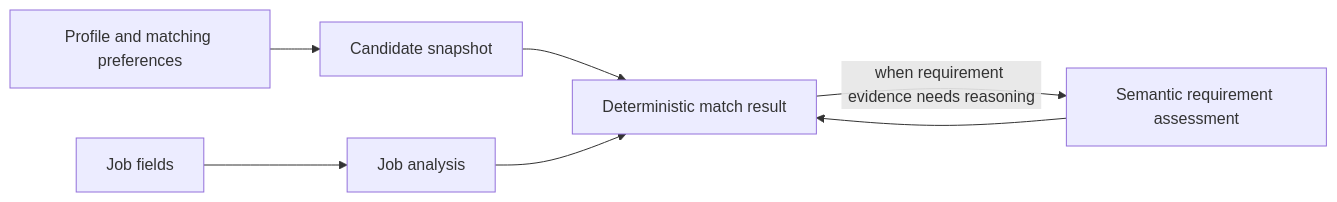
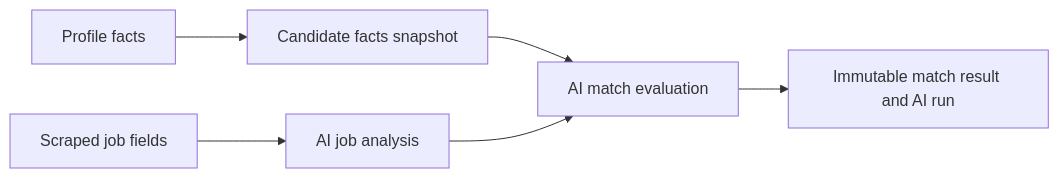
Before and after one commit to Chandresh726/Switchy: the diagram in docs/ai-architecture.md, drawn with Mermaid. The commit also changed other lines of this file and 124 other files, not shown here.

Commit message:
Refactor job matching and tracking flows

````diff
--- a/docs/ai-architecture.md
+++ b/docs/ai-architecture.md
@@ -24,9 +28,8 @@
 ```mermaid
 flowchart LR
-  P["Profile and matching preferences"] --> C["Candidate snapshot"]
-  J["Job fields"] --> A["Job analysis"]
-  C --> M["Deterministic match result"]
+  P["Profile facts"] --> C["Candidate facts snapshot"]
+  J["Scraped job fields"] --> A["AI job analysis"]
+  C --> M["AI match evaluation"]
   A --> M
-  M -->|"when requirement evidence needs reasoning"| D["Semantic requirement assessment"]
-  D --> M
+  M --> R["Immutable match result and AI run"]
 ```
````
